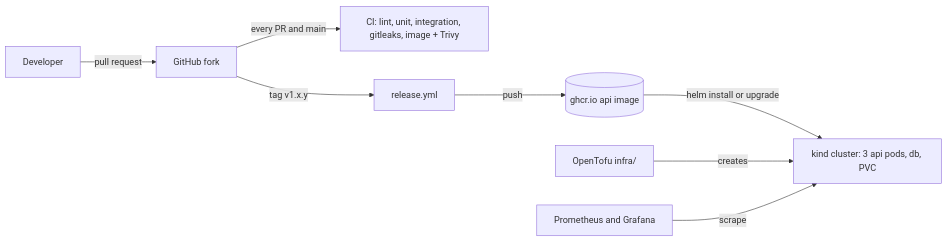
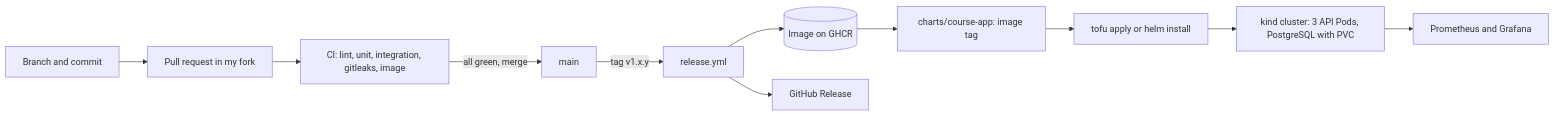
The diagram in capstone/README.md (Chamalka001/turiba-devops-labs), drawn with Mermaid before and after one commit. The commit also changed other lines of this file, not shown here.

Commit message:
docs(capstone): final write-up with evidence links and release 1.0.1

````diff
--- a/capstone/README.md
+++ b/capstone/README.md
@@ -76,10 +84,13 @@
 ```mermaid
 flowchart LR
-  dev[Developer] -->|pull request| gh[GitHub fork]
-  gh -->|every PR and main| ci["CI: lint, unit, integration, gitleaks, image + Trivy"]
-  gh -->|tag v1.x.y| rel[release.yml]
-  rel -->|push| ghcr[("ghcr.io api image")]
-  ghcr -->|helm install or upgrade| k8s["kind cluster: 3 api pods, db, PVC"]
-  tofu[OpenTofu infra/] -->|creates| k8s
-  prom[Prometheus and Grafana] -->|scrape| k8s
+  A["Branch and commit"] --> B["Pull request in my fork"]
+  B --> C["CI: lint, unit, integration, gitleaks, image"]
+  C -->|"all green, merge"| D["main"]
+  D -->|"tag v1.x.y"| E["release.yml"]
+  E --> F[("Image on GHCR")]
+  E --> G["GitHub Release"]
+  F --> H["charts/course-app: image tag"]
+  H --> I["tofu apply or helm install"]
+  I --> J["kind cluster: 3 API Pods, PostgreSQL with PVC"]
+  J --> K["Prometheus and Grafana"]
 ```
````
